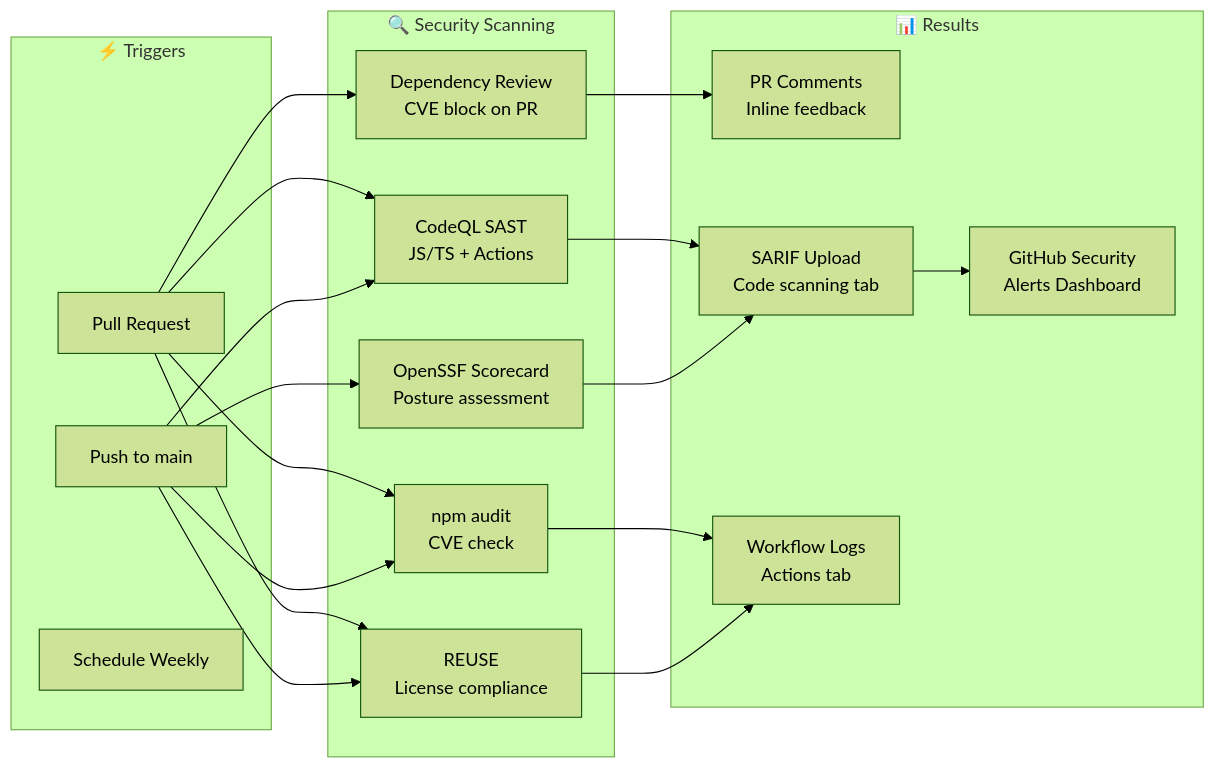
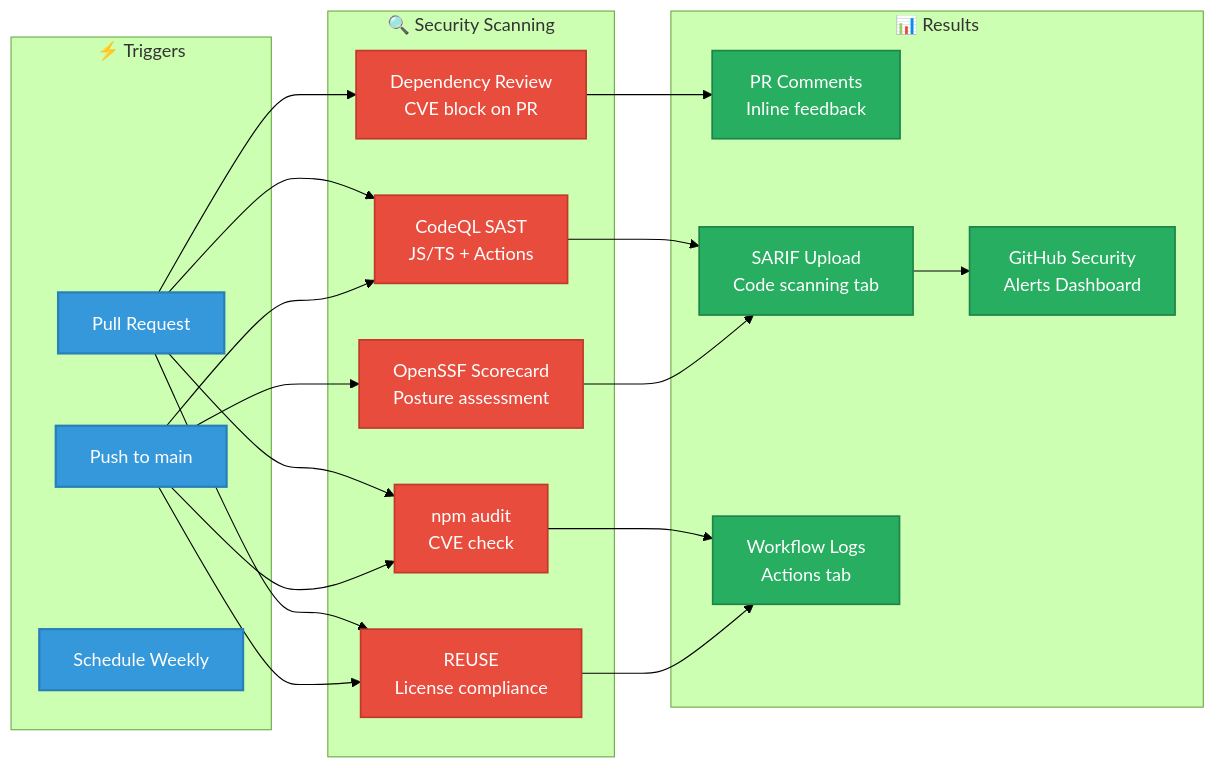
One commit to Hack23/euparliamentmonitor changed diagram 13 of 16 in docs/api/media/WORKFLOWS.md. Above: the diagram before and after it, drawn with Mermaid (forest theme). The commit also changed other lines of this file and 1053 other files, not shown here.

````diff
--- a/docs/api/media/WORKFLOWS.md
+++ b/docs/api/media/WORKFLOWS.md
@@ -986,33 +1274,41 @@
 ```mermaid
 graph LR
     subgraph Triggers["⚡ Triggers"]
         PR[Pull Request]
         PS[Push to main]
         SC[Schedule Weekly]
     end
 
     subgraph Scanning["🔍 Security Scanning"]
         CQL[CodeQL SAST<br/>JS/TS + Actions]
         NA[npm audit<br/>CVE check]
         DR[Dependency Review<br/>CVE block on PR]
         RL[REUSE<br/>License compliance]
         SC2[OpenSSF Scorecard<br/>Posture assessment]
     end
 
     subgraph Output["📊 Results"]
         GH[GitHub Security<br/>Alerts Dashboard]
         PRC[PR Comments<br/>Inline feedback]
         SAR[SARIF Upload<br/>Code scanning tab]
         WL[Workflow Logs<br/>Actions tab]
     end
 
     PR --> CQL & NA & DR & RL
     PS --> CQL & NA & RL & SC2
 
     CQL --> SAR
     NA --> WL
     DR --> PRC
     RL --> WL
     SC2 --> SAR
     SAR --> GH
+
+    classDef trigger fill:#3498db,stroke:#2980b9,stroke-width:2px,color:white
+    classDef scanning fill:#e74c3c,stroke:#c0392b,stroke-width:1.5px,color:white
+    classDef output fill:#27ae60,stroke:#1e8449,stroke-width:1.5px,color:white
+
+    class PR,PS,SC trigger
+    class CQL,NA,DR,RL,SC2 scanning
+    class GH,PRC,SAR,WL output
 ```
````
